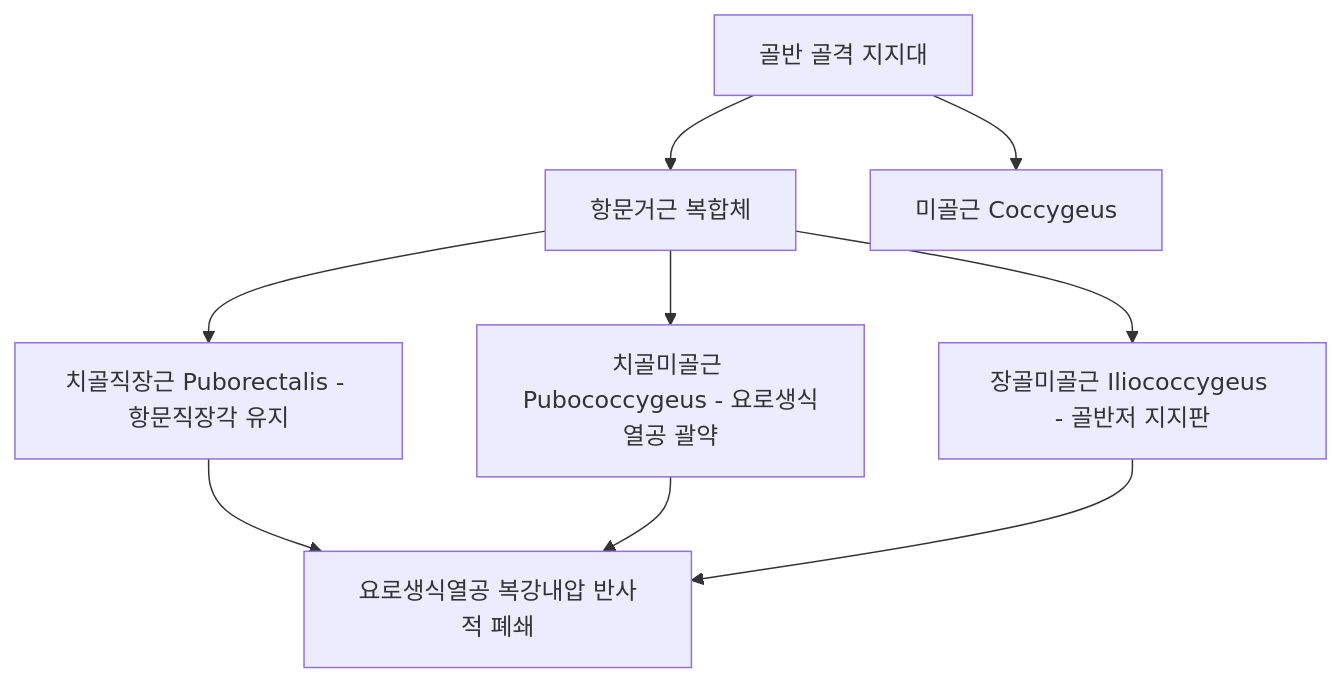
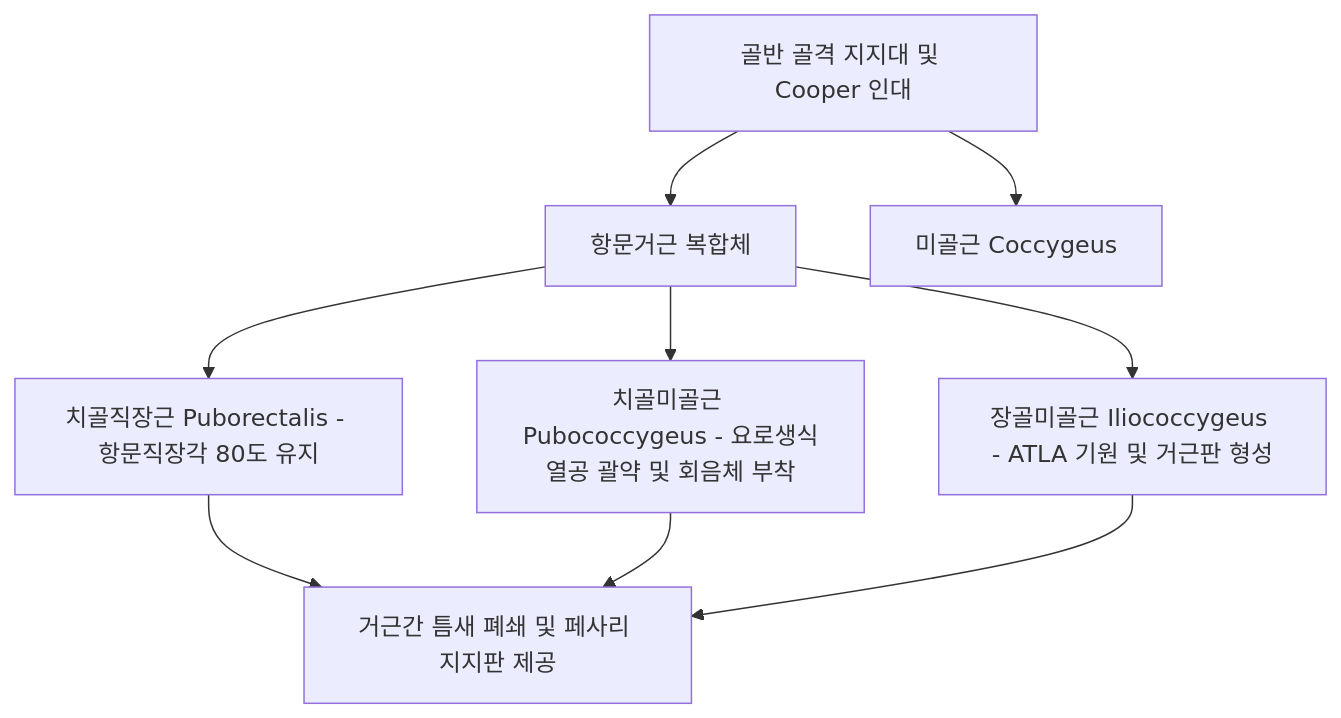
Before and after one commit to simbio11/simbio-digital-garden2: the diagram in content/5. 독서, 노트/독서/네터해부학/Vol1_생식기계/Day07_질_해부생리_질염_골반탈출_종양.md, drawn with Mermaid. The commit also changed other lines of this file and 7 other files, not shown here.

````diff
--- a/content/5. 독서, 노트/독서/네터해부학/Vol1_생식기계/Day07_질_해부생리_질염_골반탈출_종양.md
+++ b/content/5. 독서, 노트/독서/네터해부학/Vol1_생식기계/Day07_질_해부생리_질염_골반탈출_종양.md
@@ -120,11 +169,11 @@
 ```mermaid
 graph TD
-  SubBonyPelvis[골반 골격 지지대] --> LevatorAni[항문거근 복합체]
+  SubBonyPelvis[골반 골격 지지대 및 Cooper 인대] --> LevatorAni[항문거근 복합체]
   SubBonyPelvis --> Coccygeus[미골근 Coccygeus]
   
-  LevatorAni --> PR[치골직장근 Puborectalis - 항문직장각 유지]
-  LevatorAni --> PC[치골미골근 Pubococcygeus - 요로생식열공 괄약]
-  LevatorAni --> IC[장골미골근 Iliococcygeus - 골반저 지지판]
+  LevatorAni --> PR[치골직장근 Puborectalis - 항문직장각 80도 유지]
+  LevatorAni --> PC[치골미골근 Pubococcygeus - 요로생식열공 괄약 및 회음체 부착]
+  LevatorAni --> IC[장골미골근 Iliococcygeus - ATLA 기원 및 거근판 형성]
   
-  PR & PC & IC --> HiatusClosure[요로생식열공 복강내압 반사적 폐쇄]
+  PR & PC & IC --> HiatusClosure[거근간 틈새 폐쇄 및 페사리 지지판 제공]
 ```
````
